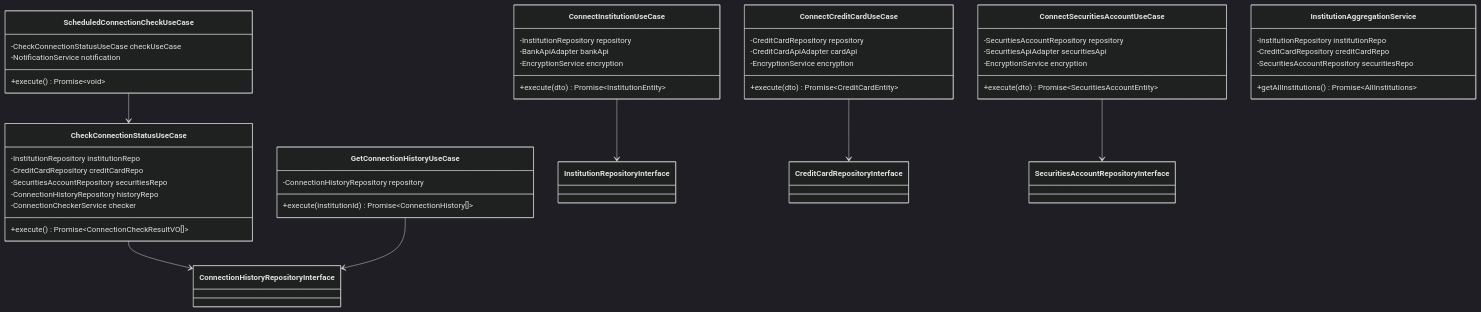
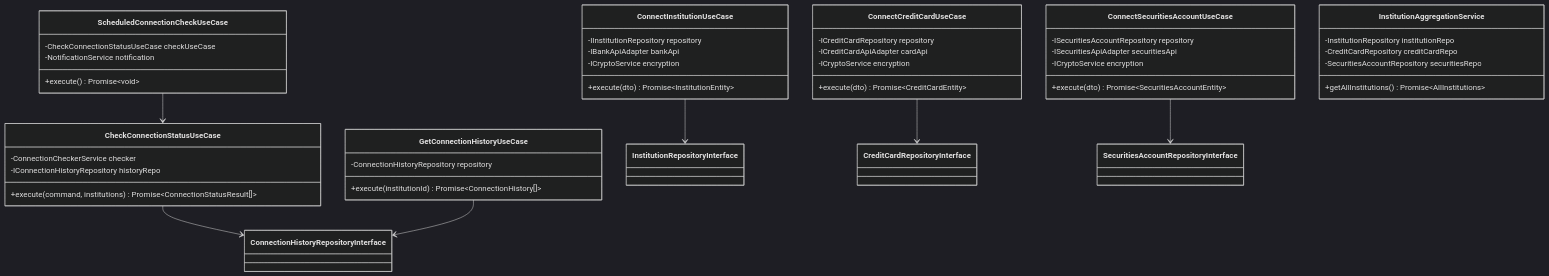
Before and after one commit to kencom2400/account-book: the fifth of 13 diagrams in docs/detailed-design/FR-001-005_institution-integration/class-diagrams.md, drawn with Mermaid (dark theme). The commit also changed other lines of this file and 3 other files, not shown here.

````diff
--- a/docs/detailed-design/FR-001-005_institution-integration/class-diagrams.md
+++ b/docs/detailed-design/FR-001-005_institution-integration/class-diagrams.md
@@ -287,57 +293,54 @@
 ```mermaid
 classDiagram
     class ConnectInstitutionUseCase {
-        -InstitutionRepository repository
-        -BankApiAdapter bankApi
-        -EncryptionService encryption
+        -IInstitutionRepository repository
+        -IBankApiAdapter bankApi
+        -ICryptoService encryption
         +execute(dto) Promise~InstitutionEntity~
     }
 
     class ConnectCreditCardUseCase {
-        -CreditCardRepository repository
-        -CreditCardApiAdapter cardApi
-        -EncryptionService encryption
+        -ICreditCardRepository repository
+        -ICreditCardApiAdapter cardApi
+        -ICryptoService encryption
         +execute(dto) Promise~CreditCardEntity~
     }
 
     class ConnectSecuritiesAccountUseCase {
-        -SecuritiesAccountRepository repository
-        -SecuritiesApiAdapter securitiesApi
-        -EncryptionService encryption
+        -ISecuritiesAccountRepository repository
+        -ISecuritiesApiAdapter securitiesApi
+        -ICryptoService encryption
         +execute(dto) Promise~SecuritiesAccountEntity~
     }
 
     class CheckConnectionStatusUseCase {
-        -InstitutionRepository institutionRepo
-        -CreditCardRepository creditCardRepo
-        -SecuritiesAccountRepository securitiesRepo
-        -ConnectionHistoryRepository historyRepo
         -ConnectionCheckerService checker
-        +execute() Promise~ConnectionCheckResultVO[]~
+        -IConnectionHistoryRepository historyRepo
+        +execute(command, institutions) Promise~ConnectionStatusResult[]~
     }
 
     class ScheduledConnectionCheckUseCase {
         -CheckConnectionStatusUseCase checkUseCase
         -NotificationService notification
         +execute() Promise~void~
     }
 
     class GetConnectionHistoryUseCase {
         -ConnectionHistoryRepository repository
         +execute(institutionId) Promise~ConnectionHistory[]~
     }
 
     class InstitutionAggregationService {
         -InstitutionRepository institutionRepo
         -CreditCardRepository creditCardRepo
         -SecuritiesAccountRepository securitiesRepo
         +getAllInstitutions() Promise~AllInstitutions~
     }
 
     ConnectInstitutionUseCase --> InstitutionRepositoryInterface
     ConnectCreditCardUseCase --> CreditCardRepositoryInterface
     ConnectSecuritiesAccountUseCase --> SecuritiesAccountRepositoryInterface
     CheckConnectionStatusUseCase --> ConnectionHistoryRepositoryInterface
     ScheduledConnectionCheckUseCase --> CheckConnectionStatusUseCase
     GetConnectionHistoryUseCase --> ConnectionHistoryRepositoryInterface
 ```
````
